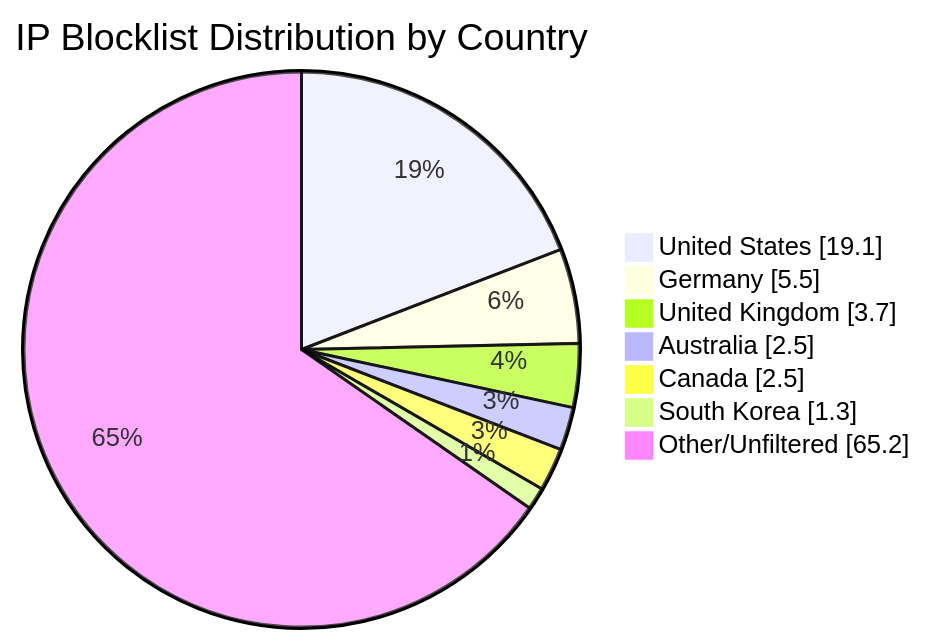
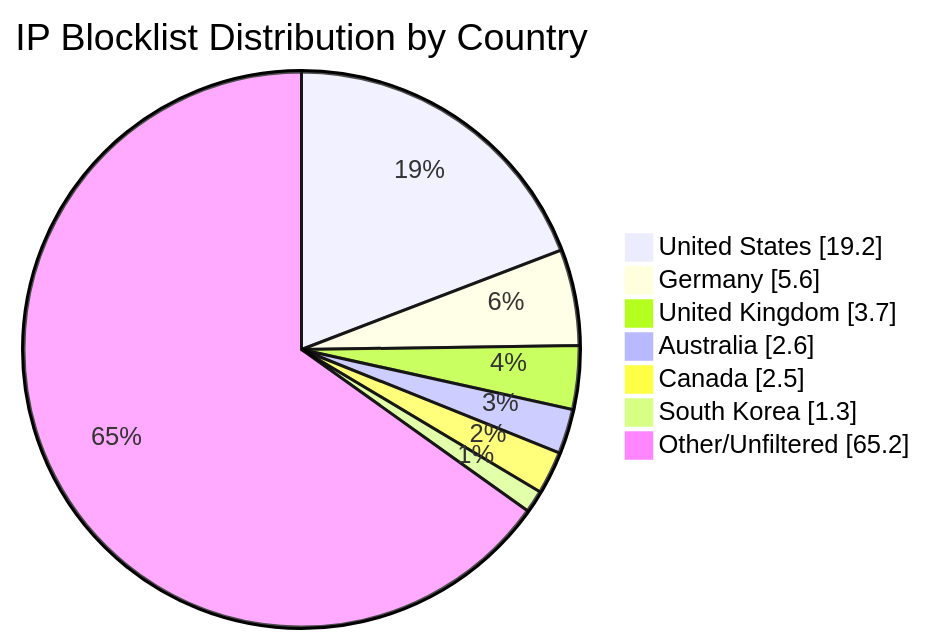
The diagram in README.md (MarcusHoltz/ipblocklist-geofiltered-aggregator), drawn with Mermaid before and after one commit. The commit also changed other lines of this file and 9 other files, not shown here.

````diff
--- a/README.md
+++ b/README.md
@@ -34,10 +34,10 @@
 ```mermaid
 pie showData title IP Blocklist Distribution by Country
-"United States" : 19.1
-"Germany" : 5.5
+"United States" : 19.2
+"Germany" : 5.6
 "United Kingdom" : 3.7
-"Australia" : 2.5
+"Australia" : 2.6
 "Canada" : 2.5
 "South Korea" : 1.3
 "Other/Unfiltered" : 65.2
 ```
````
